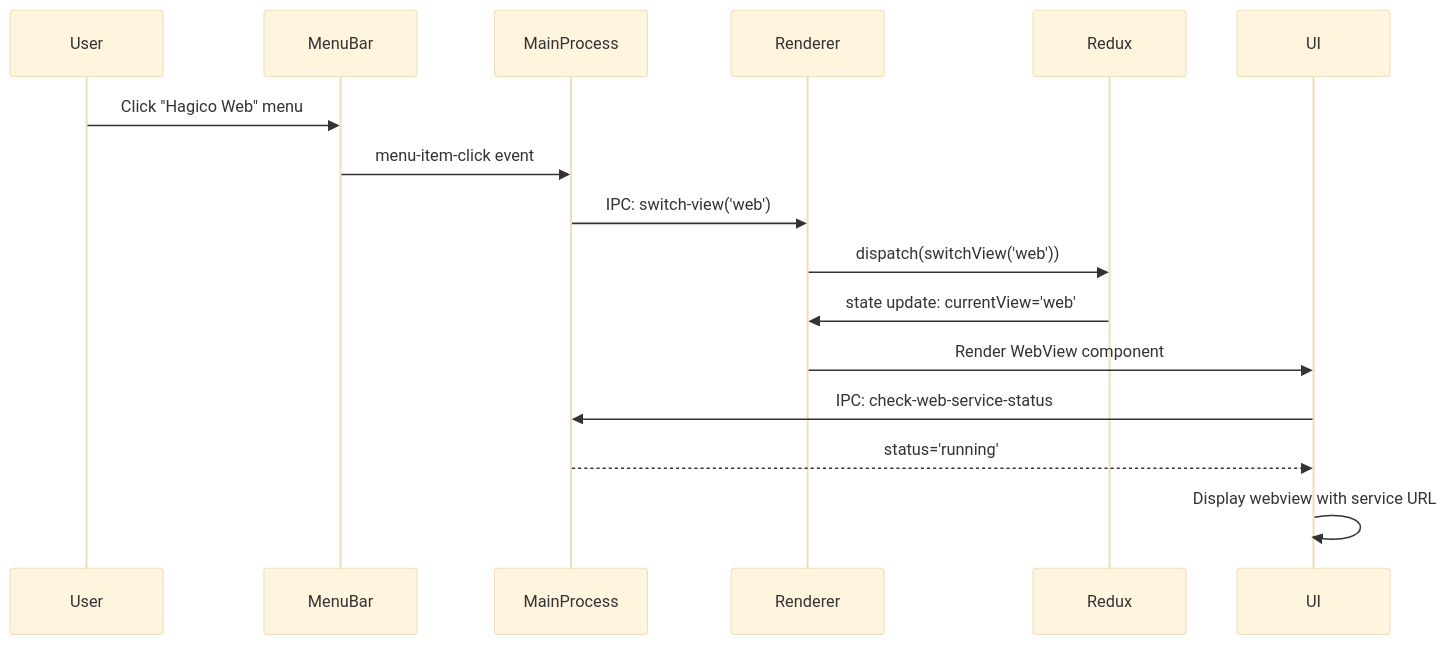
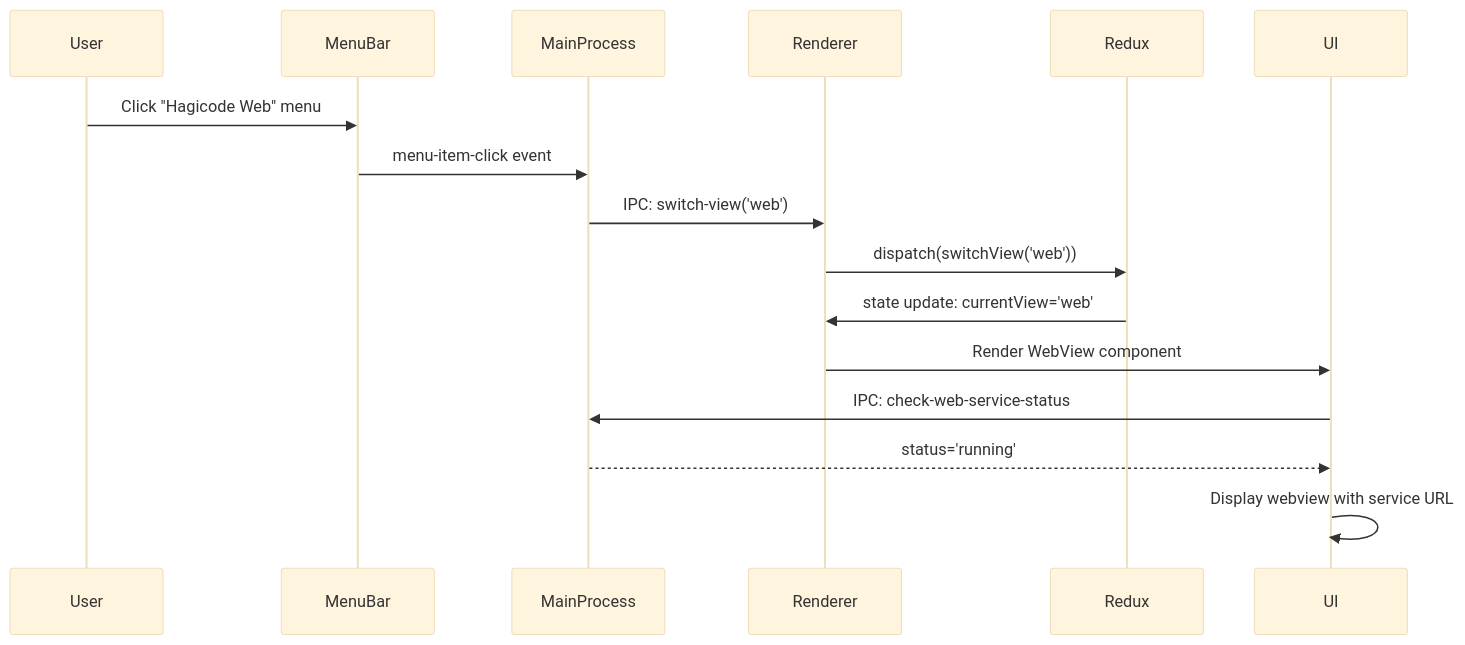
Before and after one commit to HagiCode-org/desktop: the first of 3 diagrams in openspec/changes/archive/2026-02-04-electron-top-menu-bar-implementation/design.md, drawn with Mermaid (base theme). The commit also changed other lines of this file and 208 other files, not shown here.

````diff
--- a/openspec/changes/archive/2026-02-04-electron-top-menu-bar-implementation/design.md
+++ b/openspec/changes/archive/2026-02-04-electron-top-menu-bar-implementation/design.md
@@ -79,19 +79,19 @@
 ```mermaid
 sequenceDiagram
     participant User
     participant MenuBar
     participant MainProcess
     participant Renderer
     participant Redux
     participant UI
 
-    User->>MenuBar: Click "Hagico Web" menu
+    User->>MenuBar: Click "Hagicode Web" menu
     MenuBar->>MainProcess: menu-item-click event
     MainProcess->>Renderer: IPC: switch-view('web')
     Renderer->>Redux: dispatch(switchView('web'))
     Redux->>Renderer: state update: currentView='web'
     Renderer->>UI: Render WebView component
     UI->>MainProcess: IPC: check-web-service-status
     MainProcess-->>UI: status='running'
     UI->>UI: Display webview with service URL
 ```
````
